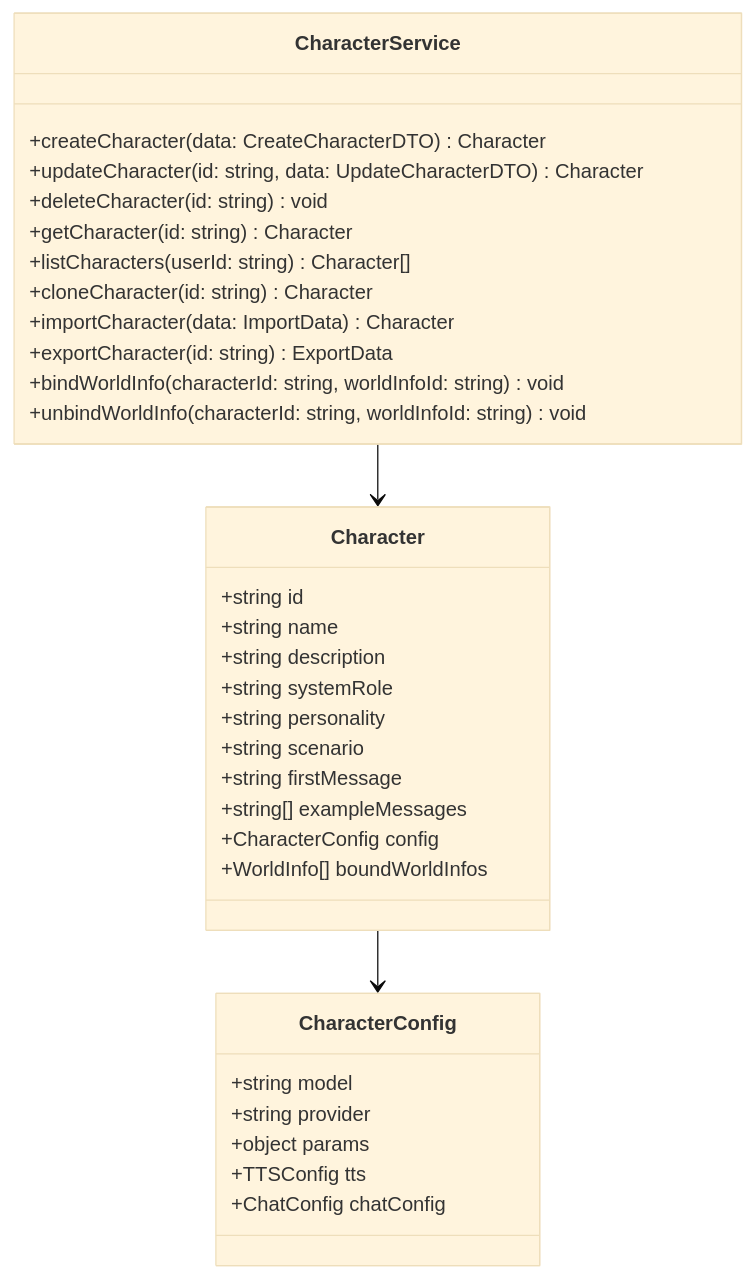
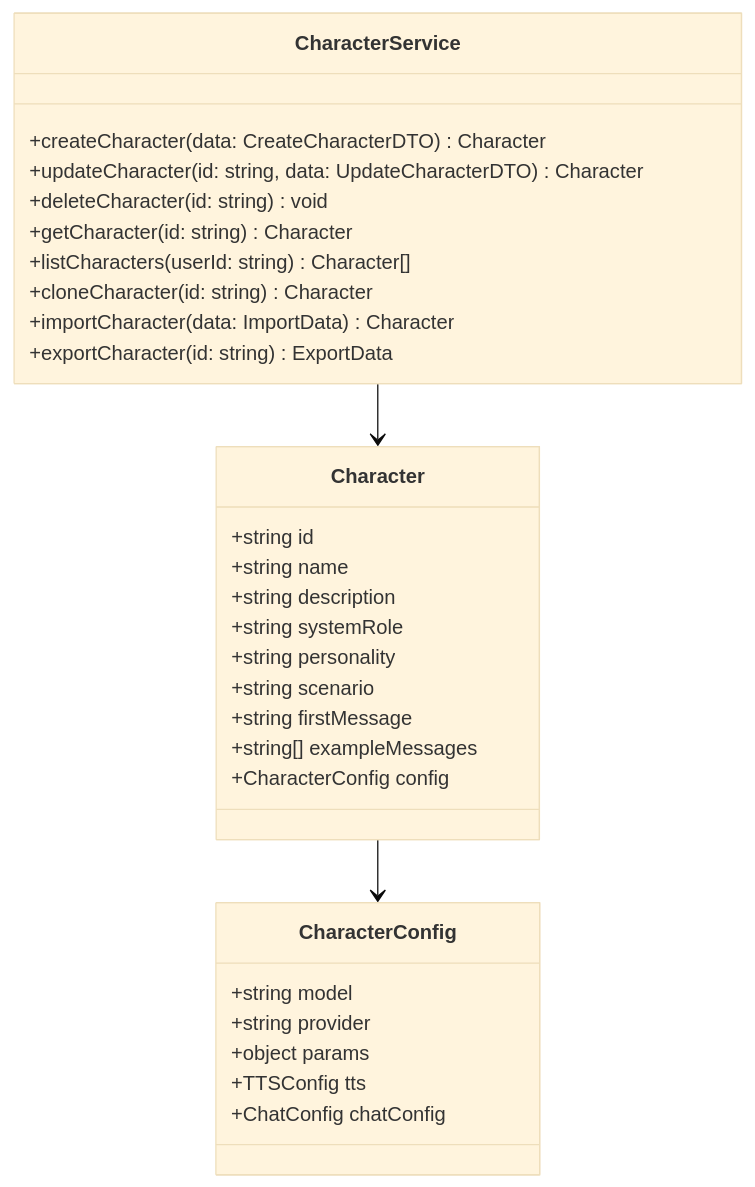
The fifth of 10 diagrams in bar/设计方案.md (RudolphHuang/openclaw_doc), drawn with Mermaid (base theme) before and after one commit. The commit also changed other lines of this file and 3 other files, not shown here.

````diff
--- a/bar/设计方案.md
+++ b/bar/设计方案.md
@@ -445,39 +313,36 @@
 ```mermaid
 classDiagram
     class CharacterService {
         +createCharacter(data: CreateCharacterDTO) Character
         +updateCharacter(id: string, data: UpdateCharacterDTO) Character
         +deleteCharacter(id: string) void
         +getCharacter(id: string) Character
         +listCharacters(userId: string) Character[]
         +cloneCharacter(id: string) Character
         +importCharacter(data: ImportData) Character
         +exportCharacter(id: string) ExportData
-        +bindWorldInfo(characterId: string, worldInfoId: string) void
-        +unbindWorldInfo(characterId: string, worldInfoId: string) void
     }
     
     class Character {
         +string id
         +string name
         +string description
         +string systemRole
         +string personality
         +string scenario
         +string firstMessage
         +string[] exampleMessages
         +CharacterConfig config
-        +WorldInfo[] boundWorldInfos
     }
     
     class CharacterConfig {
         +string model
         +string provider
         +object params
         +TTSConfig tts
         +ChatConfig chatConfig
     }
     
     CharacterService --> Character
     Character --> CharacterConfig
 ```
````
